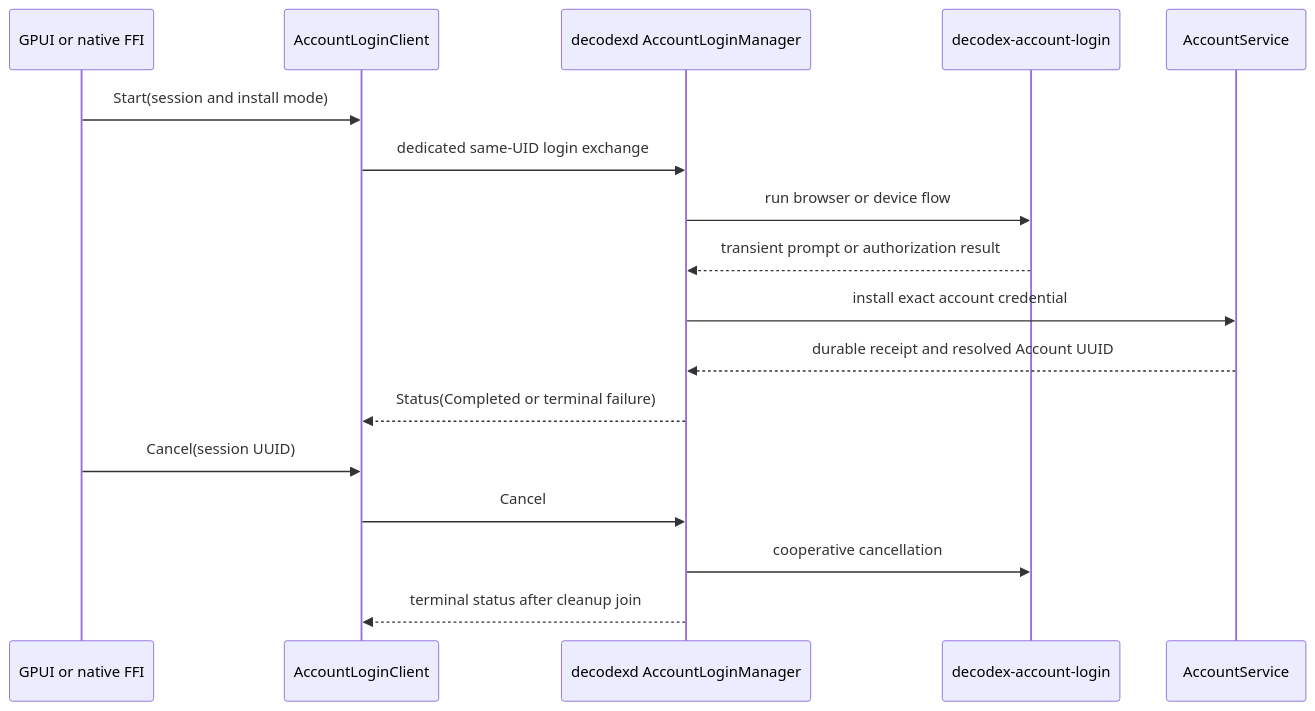
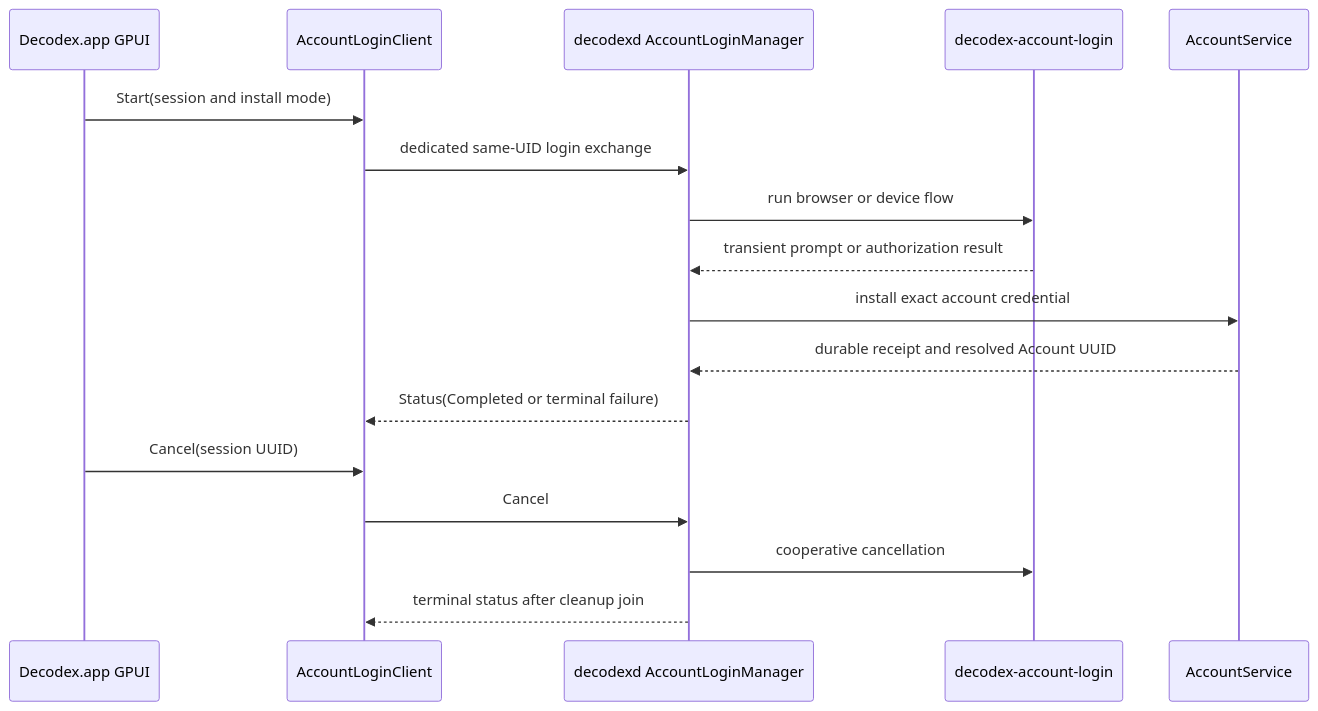
Before and after one commit to acg-box/decodex: the diagram in openwiki/specs/account-login-authority.md, drawn with Mermaid. The commit also changed other lines of this file and 3259 other files, not shown here.

Commit message:
Unify Decodex into one signed macOS app

````diff
--- a/openwiki/specs/account-login-authority.md
+++ b/openwiki/specs/account-login-authority.md
@@ -28,19 +28,19 @@
 ```mermaid
 sequenceDiagram
-    participant UI as GPUI or native FFI
+    participant UI as Decodex.app GPUI
     participant CL as AccountLoginClient
     participant D as decodexd AccountLoginManager
     participant PE as decodex-account-login
     participant AS as AccountService
     UI->>CL: Start(session and install mode)
     CL->>D: dedicated same-UID login exchange
     D->>PE: run browser or device flow
     PE-->>D: transient prompt or authorization result
     D->>AS: install exact account credential
     AS-->>D: durable receipt and resolved Account UUID
     D-->>CL: Status(Completed or terminal failure)
     UI->>CL: Cancel(session UUID)
     CL->>D: Cancel
     D->>PE: cooperative cancellation
     D-->>CL: terminal status after cleanup join
 ```
````
